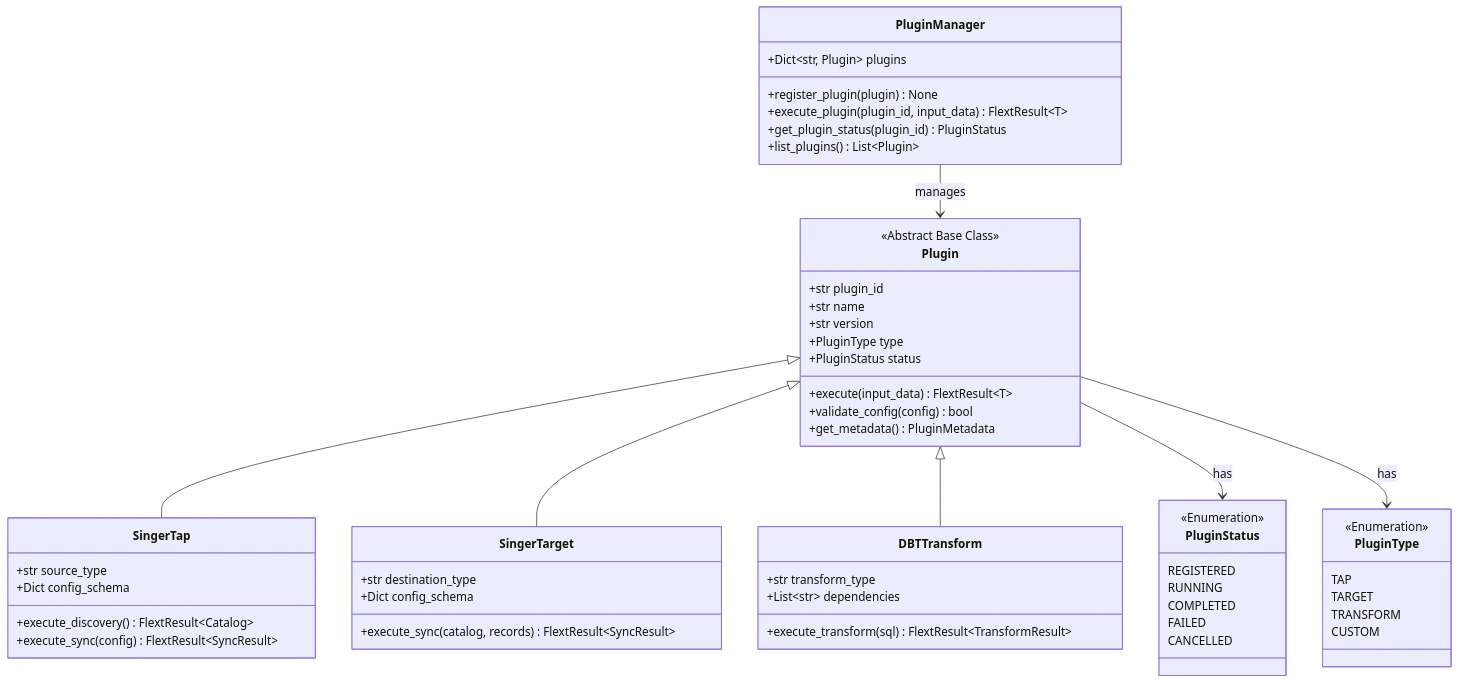
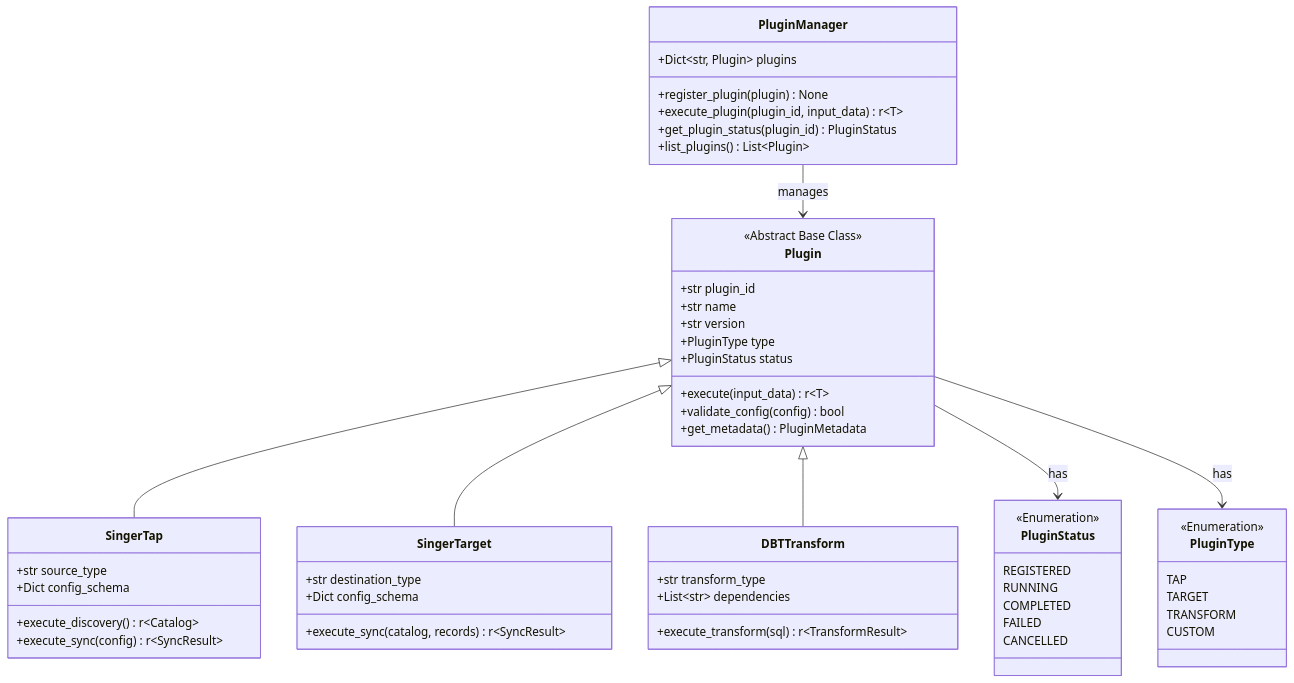
The eighth of 10 diagrams in docs/architecture/c4-model/code-diagrams.md (flext-sh/flext), drawn with Mermaid before and after one commit. The commit also changed other lines of this file and 35 other files, not shown here.

````diff
--- a/docs/architecture/c4-model/code-diagrams.md
+++ b/docs/architecture/c4-model/code-diagrams.md
@@ -395,65 +395,65 @@
 ```mermaid
 classDiagram
     class PluginManager {
         +Dict~str, Plugin~ plugins
         +register_plugin(plugin) None
-        +execute_plugin(plugin_id, input_data) FlextResult~T~
+        +execute_plugin(plugin_id, input_data) r~T~
         +get_plugin_status(plugin_id) PluginStatus
         +list_plugins() List~Plugin~
     }
 
     class Plugin {
         <<Abstract Base Class>>
         +str plugin_id
         +str name
         +str version
         +PluginType type
         +PluginStatus status
-        +execute(input_data) FlextResult~T~
+        +execute(input_data) r~T~
         +validate_config(config) bool
         +get_metadata() PluginMetadata
     }
 
     class SingerTap {
         +str source_type
         +Dict config_schema
-        +execute_discovery() FlextResult~Catalog~
-        +execute_sync(config) FlextResult~SyncResult~
+        +execute_discovery() r~Catalog~
+        +execute_sync(config) r~SyncResult~
     }
 
     class SingerTarget {
         +str destination_type
         +Dict config_schema
-        +execute_sync(catalog, records) FlextResult~SyncResult~
+        +execute_sync(catalog, records) r~SyncResult~
     }
 
     class DBTTransform {
         +str transform_type
         +List~str~ dependencies
-        +execute_transform(sql) FlextResult~TransformResult~
+        +execute_transform(sql) r~TransformResult~
     }
 
     class PluginStatus {
         <<Enumeration>>
         REGISTERED
         RUNNING
         COMPLETED
         FAILED
         CANCELLED
     }
 
     class PluginType {
         <<Enumeration>>
         TAP
         TARGET
         TRANSFORM
         CUSTOM
     }
 
     PluginManager --> Plugin : manages
     Plugin <|-- SingerTap
     Plugin <|-- SingerTarget
     Plugin <|-- DBTTransform
     Plugin --> PluginStatus : has
     Plugin --> PluginType : has
 ```
````
